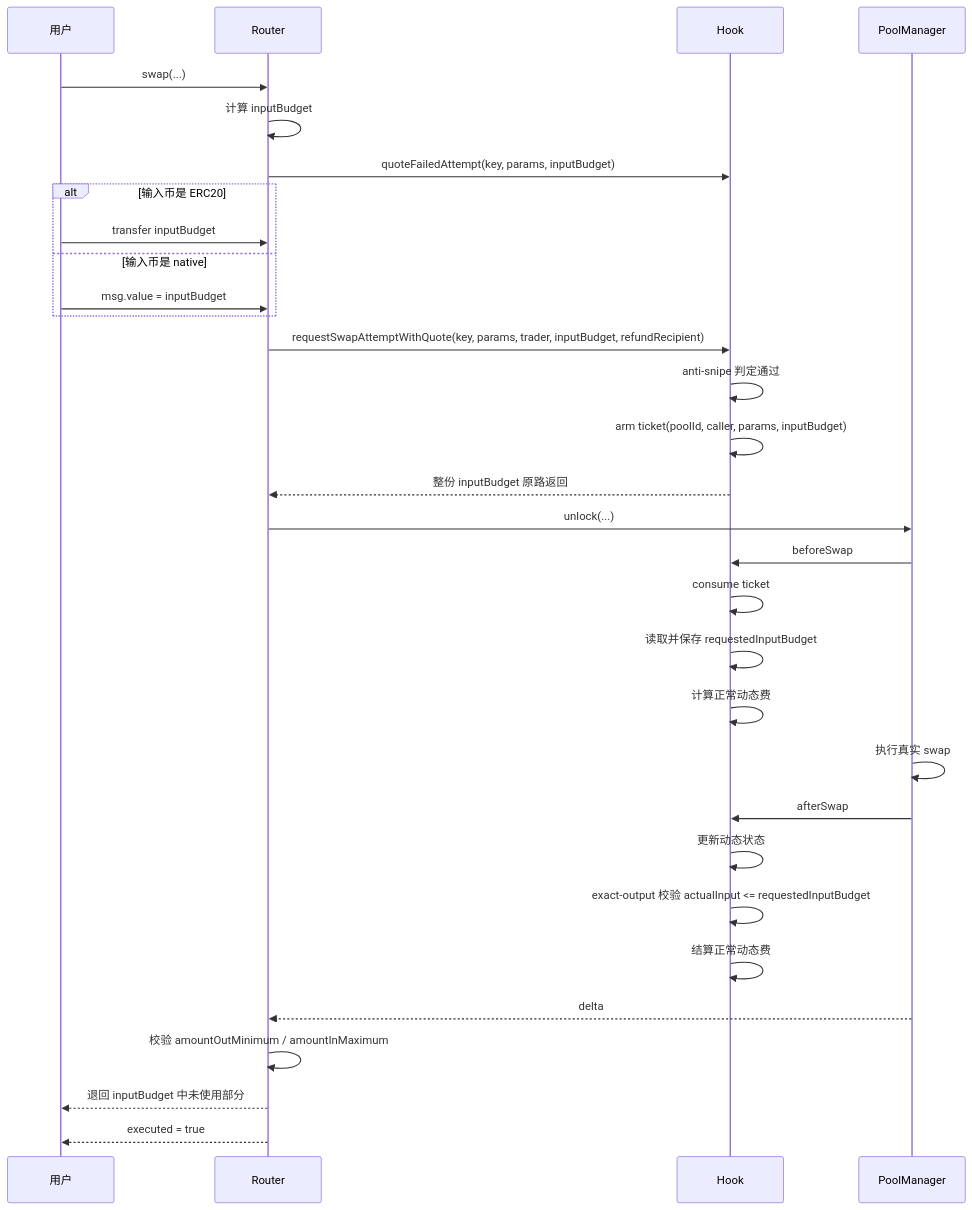
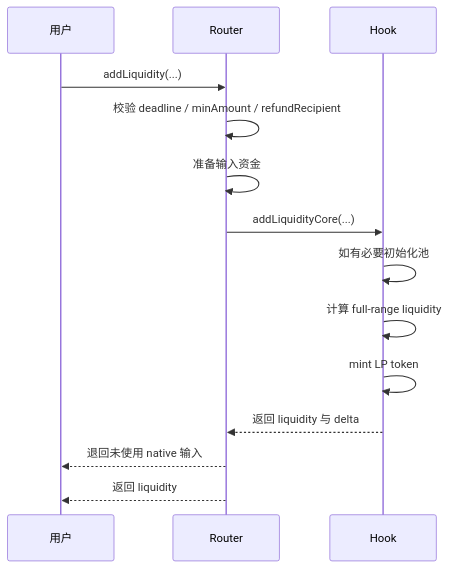
One commit to OutrunBuild/MemeverseV2 changed the fifth of 7 diagrams in docs/memeverse-swap/memeverse-swap-flow.md. Above: the diagram before and after it, drawn with Mermaid. The commit also changed other lines of this file and 23 other files, not shown here.

````diff
--- a/docs/memeverse-swap/memeverse-swap-flow.md
+++ b/docs/memeverse-swap/memeverse-swap-flow.md
@@ -128,38 +104,17 @@
 ```mermaid
 sequenceDiagram
     participant U as 用户
     participant R as Router
     participant H as Hook
-    participant PM as PoolManager
 
-    U->>R: swap(...)
-    R->>R: 计算 inputBudget
-    R->>H: quoteFailedAttempt(key, params, inputBudget)
-
-    alt 输入币是 ERC20
-        U->>R: transfer inputBudget
-    else 输入币是 native
-        U->>R: msg.value = inputBudget
-    end
-
-    R->>H: requestSwapAttemptWithQuote(key, params, trader, inputBudget, refundRecipient)
-    H->>H: anti-snipe 判定通过
-    H->>H: arm ticket(poolId, caller, params, inputBudget)
-    H-->>R: 整份 inputBudget 原路返回
-
-    R->>PM: unlock(...)
-    PM->>H: beforeSwap
-    H->>H: consume ticket
-    H->>H: 读取并保存 requestedInputBudget
-    H->>H: 计算正常动态费
-    PM->>PM: 执行真实 swap
-    PM->>H: afterSwap
-    H->>H: 更新动态状态
-    H->>H: exact-output 校验 actualInput <= requestedInputBudget
-    H->>H: 结算正常动态费
-
-    PM-->>R: delta
-    R->>R: 校验 amountOutMinimum / amountInMaximum
-    R-->>U: 退回 inputBudget 中未使用部分
-    R-->>U: executed = true
+    U->>R: addLiquidity(...)
+    R->>R: 校验 deadline / minAmount / refundRecipient
+    R->>R: 准备输入资金
+    R->>H: addLiquidityCore(...)
+    H->>H: 如有必要初始化池
+    H->>H: 计算 full-range liquidity
+    H->>H: mint LP token
+    H-->>R: 返回 liquidity 与 delta
+    R-->>U: 退回未使用 native 输入
+    R-->>U: 返回 liquidity
 ```
````
